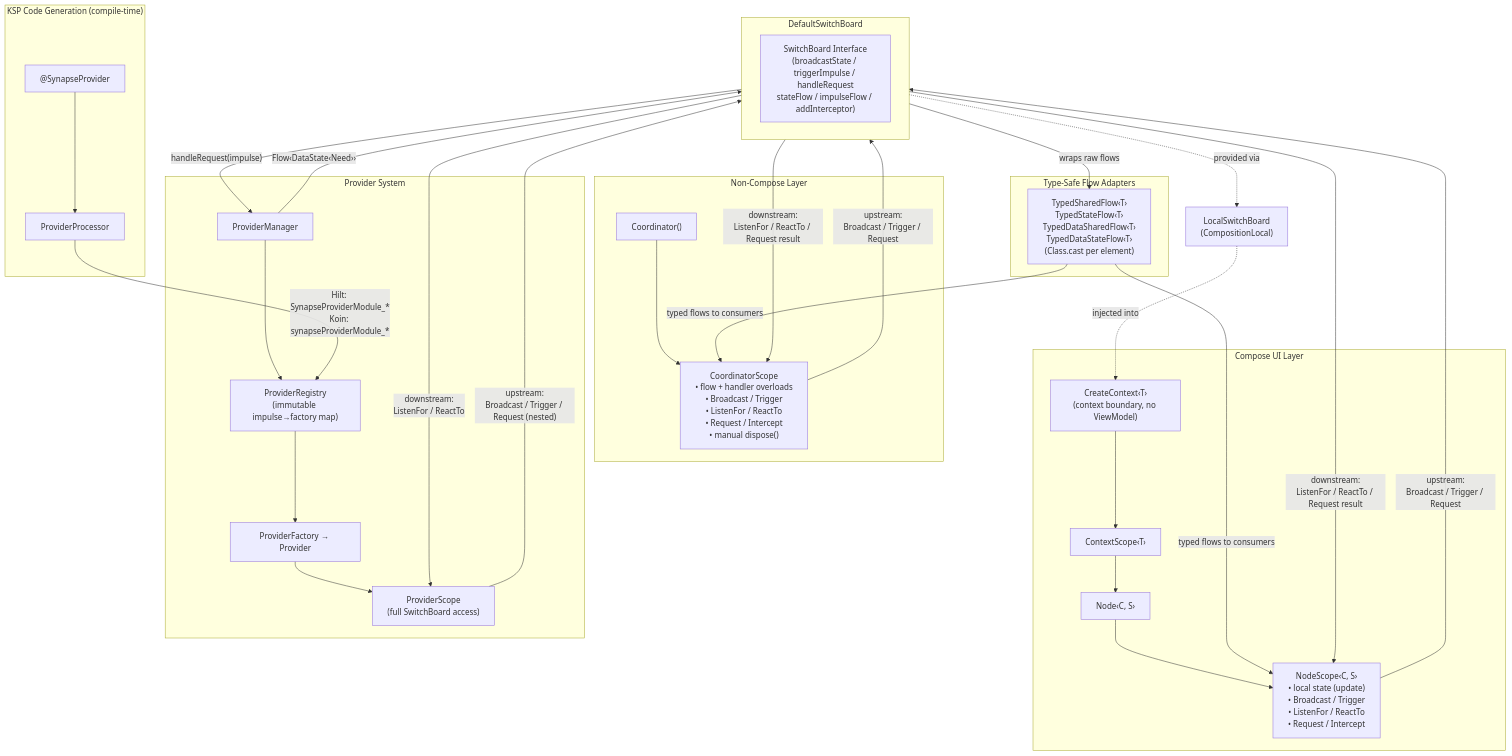
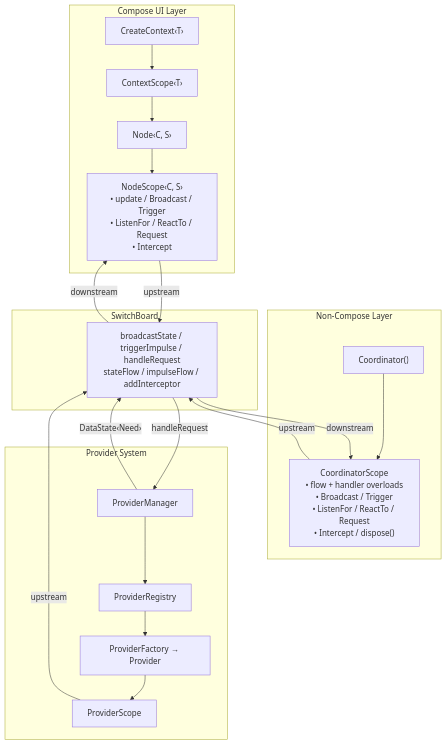
One commit to coreywaldon/synapse changed the second of 7 diagrams in arch/README.md. Above: the diagram before and after it, drawn with Mermaid. The commit also changed other lines of this file and 7 other files, not shown here.

````diff
--- a/arch/README.md
+++ b/arch/README.md
@@ -61,56 +996,31 @@
 ```mermaid
 flowchart TB
     subgraph Compose ["Compose UI Layer"]
-        CC["CreateContext‹T›<br/>(context boundary, no ViewModel)"]
-        CC --> CS["ContextScope‹T›"]
+        CC["CreateContext‹T›"] --> CS["ContextScope‹T›"]
         CS --> N["Node‹C, S›"]
-        N --> NS["NodeScope‹C, S›<br/>• local state (update)<br/>• Broadcast / Trigger<br/>• ListenFor / ReactTo<br/>• Request / Intercept"]
+        N --> NS["NodeScope‹C, S›<br/>• update / Broadcast / Trigger<br/>• ListenFor / ReactTo / Request<br/>• Intercept"]
     end
 
     subgraph NonCompose ["Non-Compose Layer"]
-        CO["Coordinator()"] --> COS["CoordinatorScope<br/>• flow + handler overloads<br/>• Broadcast / Trigger<br/>• ListenFor / ReactTo<br/>• Request / Intercept<br/>• manual dispose()"]
+        CO["Coordinator()"] --> COS["CoordinatorScope<br/>• flow + handler overloads<br/>• Broadcast / Trigger<br/>• ListenFor / ReactTo / Request<br/>• Intercept / dispose()"]
     end
 
-    subgraph SB ["DefaultSwitchBoard"]
-        direction LR
-        BUS["SwitchBoard Interface<br/>(broadcastState / triggerImpulse / handleRequest<br/>stateFlow / impulseFlow / addInterceptor)"]
+    subgraph SB ["SwitchBoard"]
+        BUS["broadcastState / triggerImpulse / handleRequest<br/>stateFlow / impulseFlow / addInterceptor"]
     end
 
-    NS -->|"upstream:<br/>Broadcast / Trigger / Request"| BUS
-    BUS -->|"downstream:<br/>ListenFor / ReactTo / Request result"| NS
-
-    COS -->|"upstream:<br/>Broadcast / Trigger / Request"| BUS
-    BUS -->|"downstream:<br/>ListenFor / ReactTo / Request result"| COS
+    NS -->|"upstream"| BUS
+    BUS -->|"downstream"| NS
+    COS -->|"upstream"| BUS
+    BUS -->|"downstream"| COS
 
     subgraph Providers ["Provider System"]
-        PM2["ProviderManager"]
-        PR2["ProviderRegistry<br/>(immutable impulse→factory map)"]
-        PF2["ProviderFactory → Provider"]
-        PS2["ProviderScope<br/>(full SwitchBoard access)"]
-
-        PM2 --> PR2 --> PF2
-        PF2 --> PS2
+        PM2["ProviderManager"] --> PR2["ProviderRegistry"]
+        PR2 --> PF2["ProviderFactory → Provider"]
+        PF2 --> PS2["ProviderScope"]
     end
 
-    BUS -->|"handleRequest(impulse)"| PM2
-    PM2 -->|"Flow‹DataState‹Need››"| BUS
-    PS2 -->|"upstream:<br/>Broadcast / Trigger / Request (nested)"| BUS
-    BUS -->|"downstream:<br/>ListenFor / ReactTo"| PS2
-
-    subgraph TypeAdapters ["Type-Safe Flow Adapters"]
-        TA["TypedSharedFlow‹T›<br/>TypedStateFlow‹T›<br/>TypedDataSharedFlow‹T›<br/>TypedDataStateFlow‹T›<br/>(Class.cast per element)"]
-    end
-
-    BUS -->|"wraps raw flows"| TA
-    TA -->|"typed flows to consumers"| NS
-    TA -->|"typed flows to consumers"| COS
-
-    subgraph KSP ["KSP Code Generation (compile-time)"]
-        SPA["@SynapseProvider"] --> PP["ProviderProcessor"]
-        PP -->|"Hilt: SynapseProviderModule_*<br/>Koin: synapseProviderModule_*"| PR2
-    end
-
-    LSB["LocalSwitchBoard<br/>(CompositionLocal)"]
-    BUS -.->|"provided via"| LSB
-    LSB -.->|"injected into"| CC
+    BUS -->|"handleRequest"| PM2
+    PM2 -->|"DataState‹Need›"| BUS
+    PS2 -->|"upstream"| BUS
 ```
````
